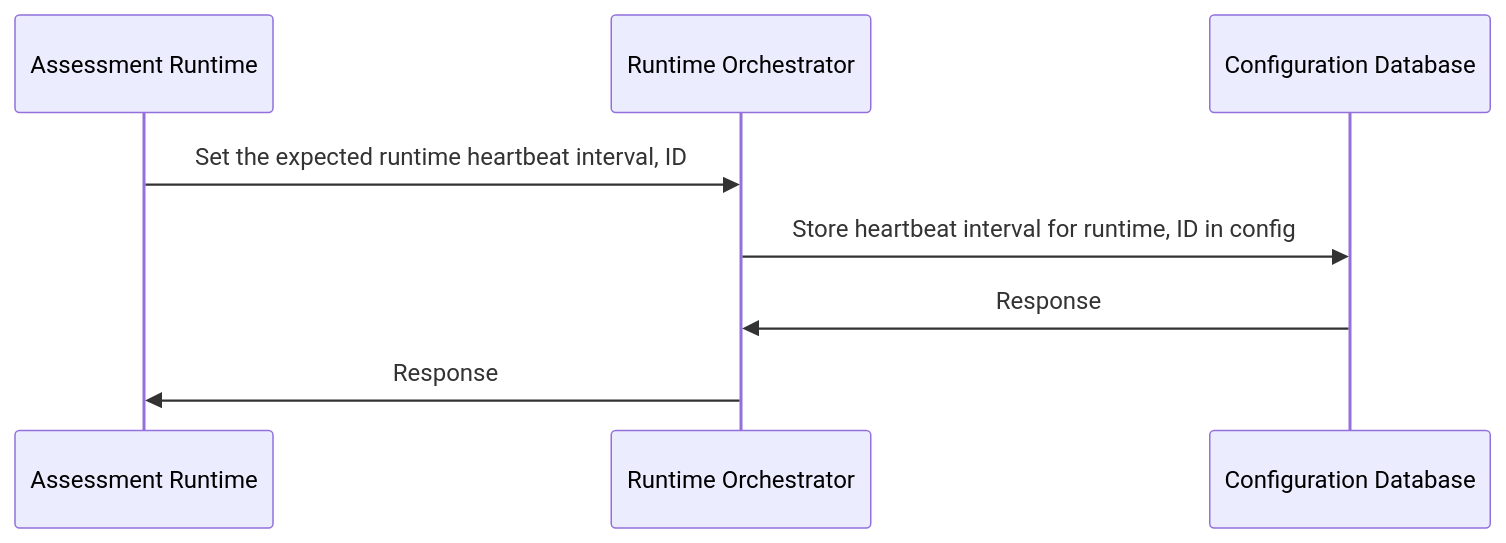
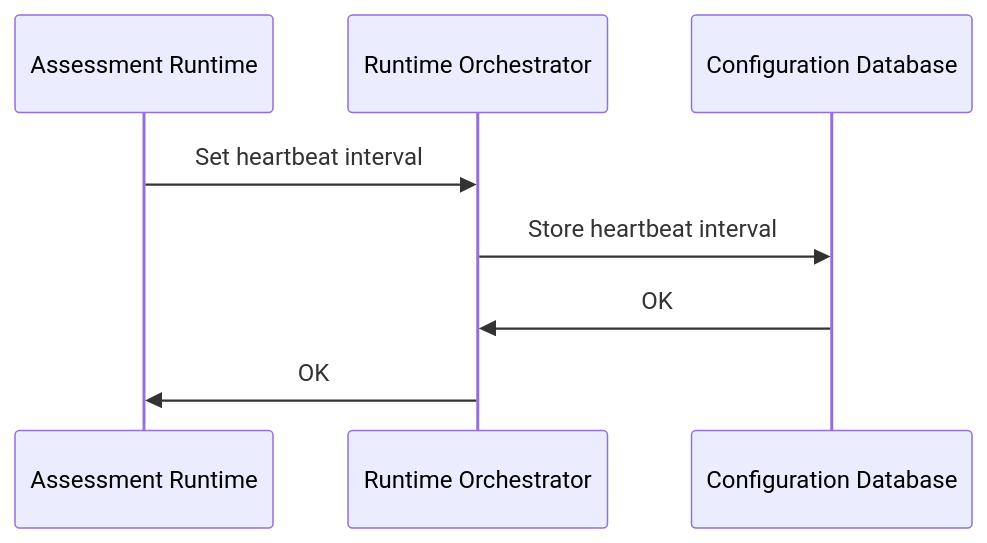
Before and after one commit to compliance-framework/docs: the first of 2 diagrams in docs/architecture/assessment-runtime/heartbeat.md, drawn with Mermaid. The commit also changed other lines of this file, not shown here.

Commit message:
Updated heartbeat diagrams

````diff
--- a/docs/architecture/assessment-runtime/heartbeat.md
+++ b/docs/architecture/assessment-runtime/heartbeat.md
@@ -10,7 +10,7 @@
 ```mermaid
 sequenceDiagram
-    Assessment Runtime ->> Runtime Orchestrator: Set the expected runtime heartbeat interval, ID
-    Runtime Orchestrator ->> Configuration Database: Store heartbeat interval for runtime, ID in config
-    Configuration Database ->> Runtime Orchestrator: Response
-    Runtime Orchestrator ->> Assessment Runtime: Response
+    Assessment Runtime ->> Runtime Orchestrator: Set heartbeat interval
+    Runtime Orchestrator ->> Configuration Database: Store heartbeat interval
+    Configuration Database ->> Runtime Orchestrator: OK
+    Runtime Orchestrator ->> Assessment Runtime: OK
 ```
````
